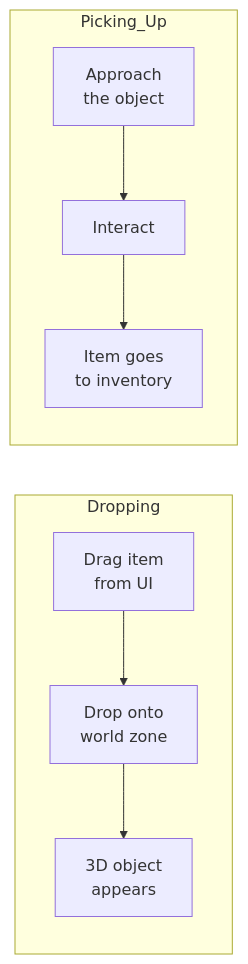
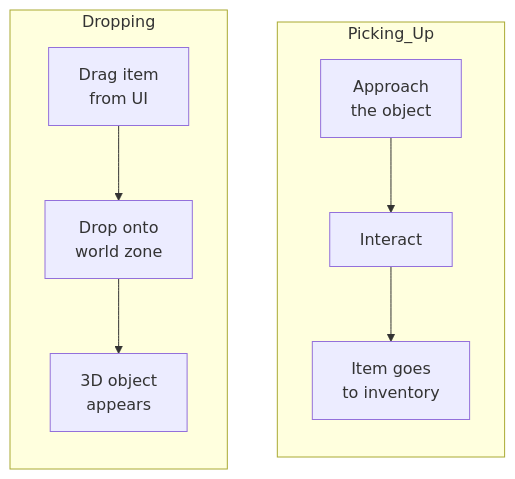
Before and after one commit to SergeevSergey99/DragAndDropSystem-Docs: the first of 2 diagrams in .docs/content/systems/world-3d.en.md, drawn with Mermaid. The commit also changed other lines of this file and 1 other file, not shown here.

Commit message:
правки

````diff
--- a/.docs/content/systems/world-3d.en.md
+++ b/.docs/content/systems/world-3d.en.md
@@ -9,13 +9,14 @@
 ```mermaid
 flowchart LR
     subgraph Dropping
         A["Drag item\nfrom UI"] --> B["Drop onto\nworld zone"]
         B --> C["3D object\nappears"]
     end
 
     subgraph Picking_Up
         D["Approach\nthe object"] --> E["Interact"]
         E --> F["Item goes\nto inventory"]
     end
-
+    
+    Dropping ~~~ Picking_Up
 ```
````
